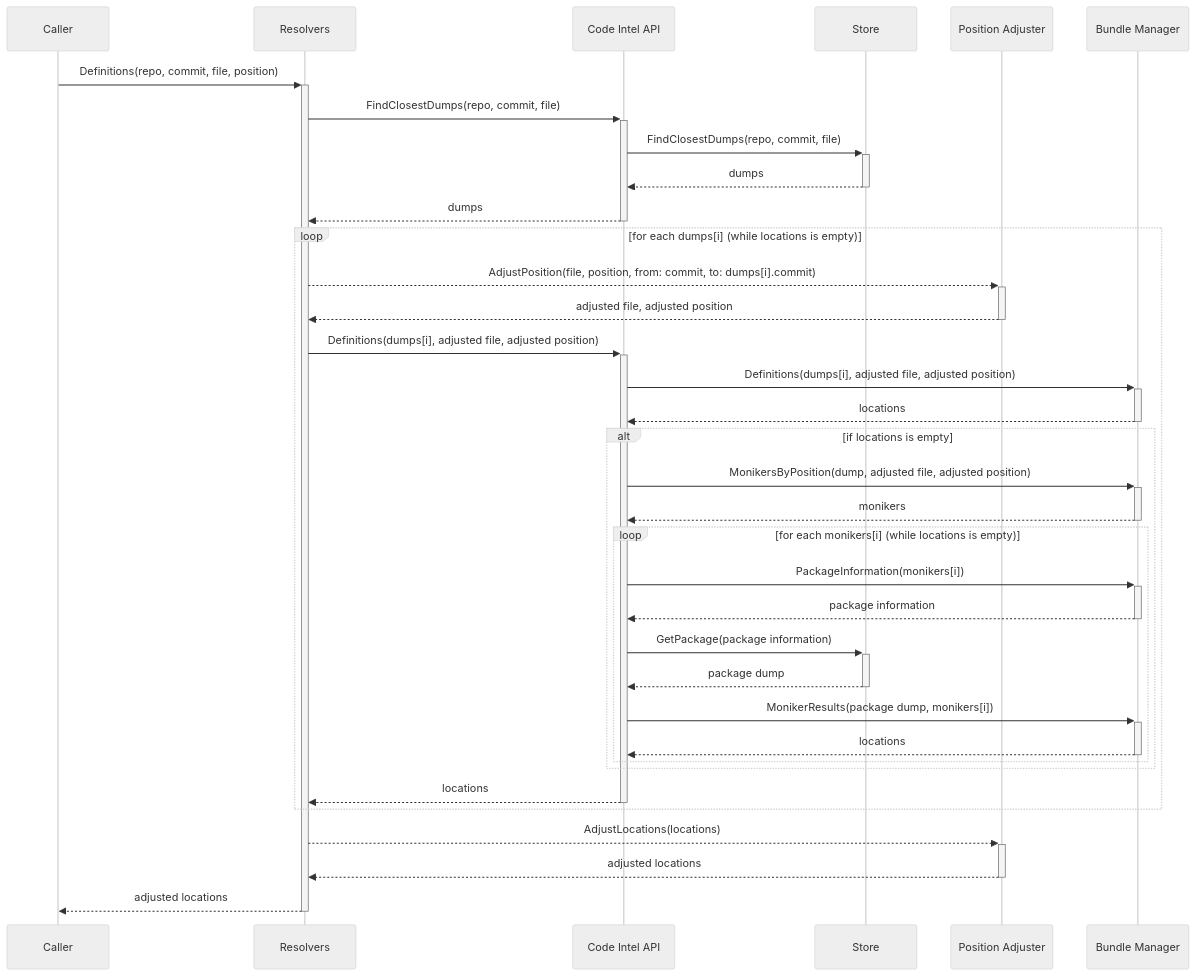
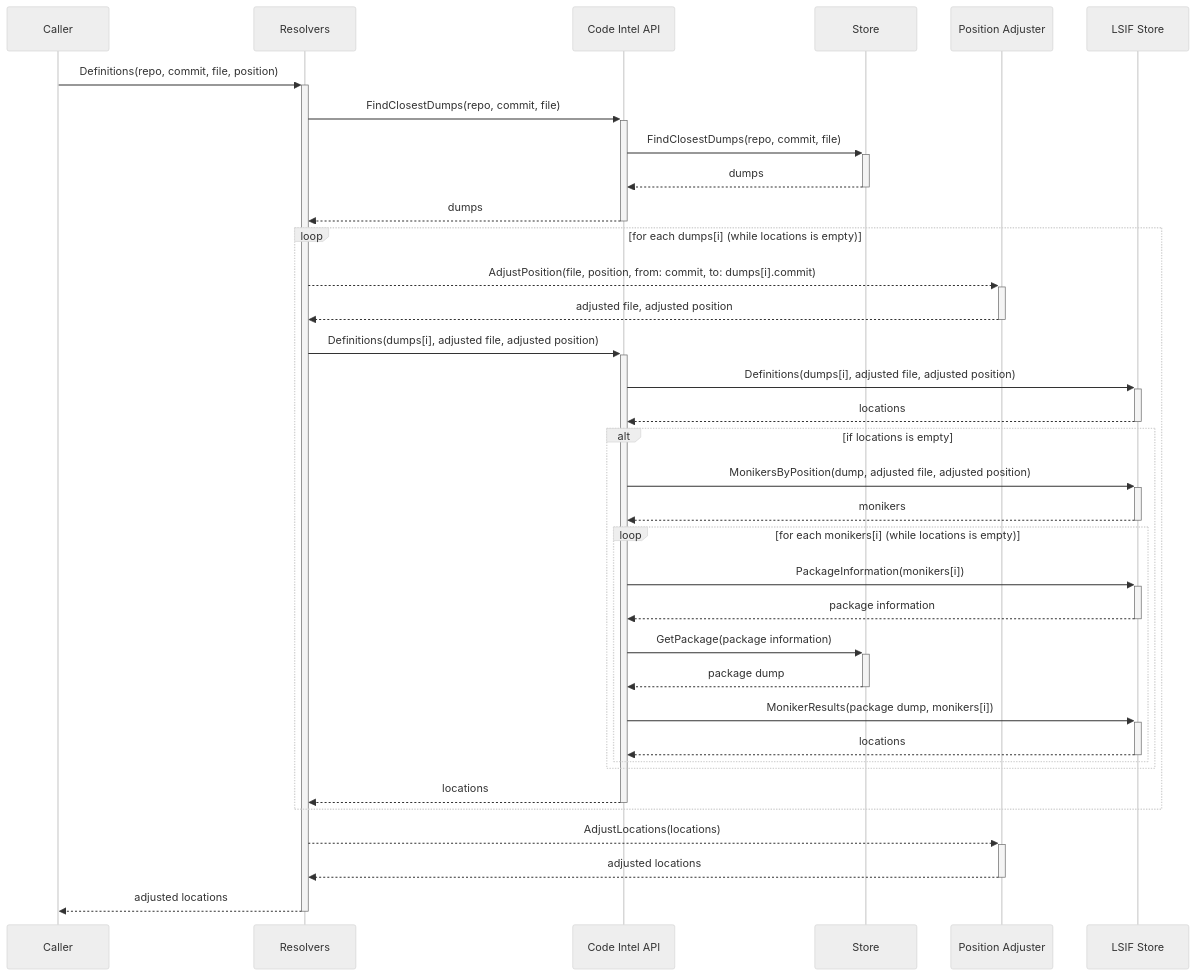
Before and after one commit to sourcegraph/sourcegraph-public-snapshot: the diagram in doc/dev/background-information/codeintel/diagrams/definitions.mermaid, drawn with Mermaid (neutral theme). The commit also changed 14 other files, not shown here.

Commit message:
doc: Update codeintel sequence diagrams

```diff
--- a/doc/dev/background-information/codeintel/diagrams/definitions.mermaid
+++ b/doc/dev/background-information/codeintel/diagrams/definitions.mermaid
@@ -1,34 +1,34 @@
 sequenceDiagram
   Caller          ->>+ Resolvers: Definitions(repo, commit, file, position)
   Resolvers       ->>+ Code Intel API: FindClosestDumps(repo, commit, file)
   Code Intel API  ->>+ Store: FindClosestDumps(repo, commit, file)
   Store          -->>- Code Intel API: dumps
   Code Intel API -->>- Resolvers: dumps
 
   loop for each dumps[i] (while locations is empty)
     Resolvers         -->>+ Position Adjuster: AdjustPosition(file, position, from: commit, to: dumps[i].commit)
     Position Adjuster -->>- Resolvers: adjusted file, adjusted position
     Resolvers          ->>+ Code Intel API: Definitions(dumps[i], adjusted file, adjusted position)
-    Code Intel API     ->>+ Bundle Manager: Definitions(dumps[i], adjusted file, adjusted position)
-    Bundle Manager    -->>- Code Intel API: locations
+    Code Intel API     ->>+ LSIF Store: Definitions(dumps[i], adjusted file, adjusted position)
+    LSIF Store        -->>- Code Intel API: locations
 
     alt if locations is empty
-    Code Intel API     ->>+ Bundle Manager: MonikersByPosition(dump, adjusted file, adjusted position)
-      Bundle Manager    -->>- Code Intel API: monikers
+    Code Intel API     ->>+ LSIF Store: MonikersByPosition(dump, adjusted file, adjusted position)
+      LSIF Store        -->>- Code Intel API: monikers
 
       loop for each monikers[i] (while locations is empty)
-        Code Intel API  ->>+ Bundle Manager: PackageInformation(monikers[i])
-        Bundle Manager -->>- Code Intel API: package information
+        Code Intel API  ->>+ LSIF Store: PackageInformation(monikers[i])
+        LSIF Store     -->>- Code Intel API: package information
         Code Intel API  ->>+ Store: GetPackage(package information)
         Store          -->>- Code Intel API: package dump
-        Code Intel API  ->>+ Bundle Manager: MonikerResults(package dump, monikers[i])
-        Bundle Manager -->>- Code Intel API: locations
+        Code Intel API  ->>+ LSIF Store: MonikerResults(package dump, monikers[i])
+        LSIF Store     -->>- Code Intel API: locations
       end
     end
 
     Code Intel API -->>- Resolvers: locations
   end
 
   Resolvers         -->>+ Position Adjuster: AdjustLocations(locations)
   Position Adjuster -->>- Resolvers: adjusted locations
   Resolvers         -->>- Caller: adjusted locations
```
